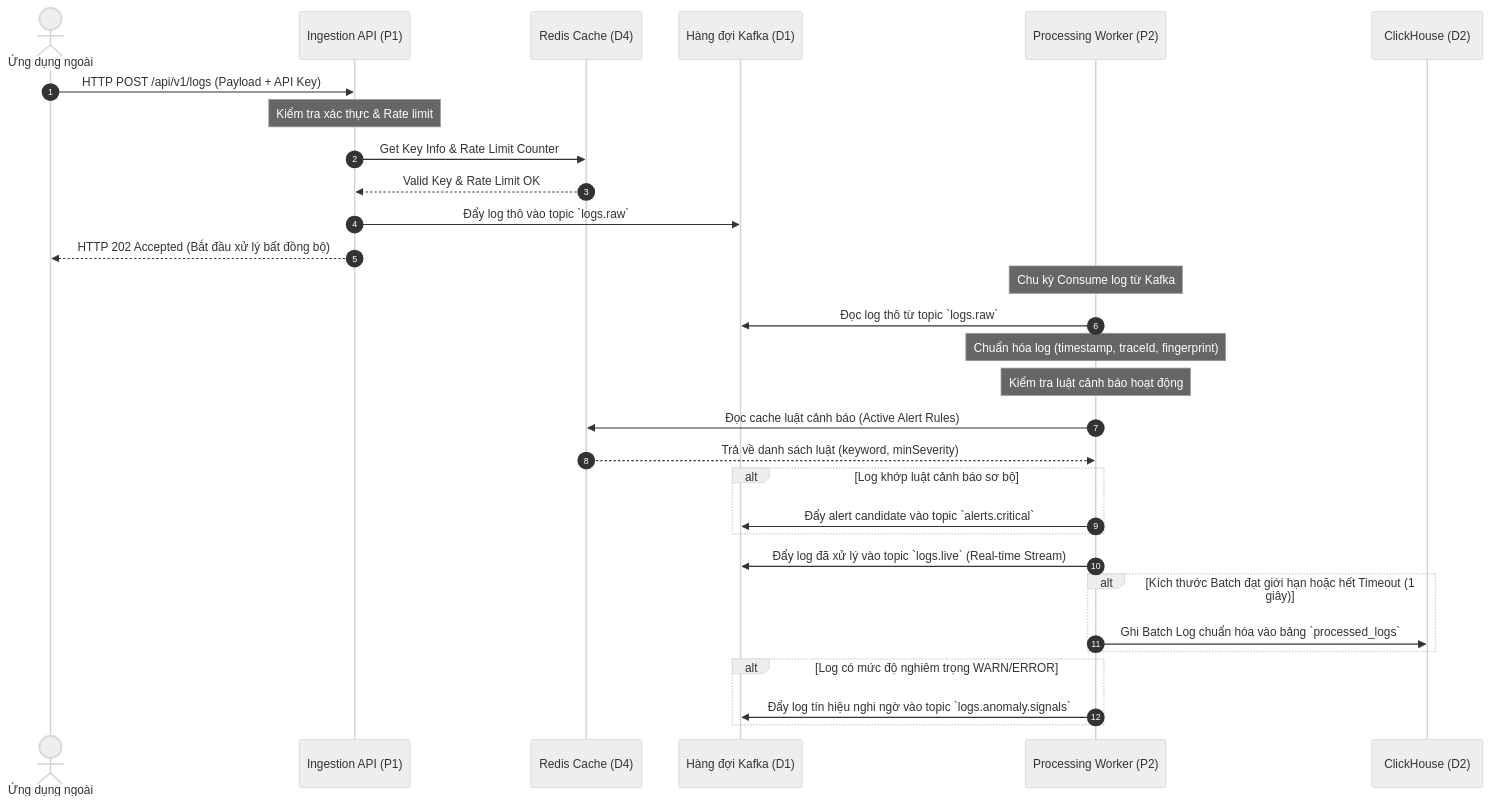
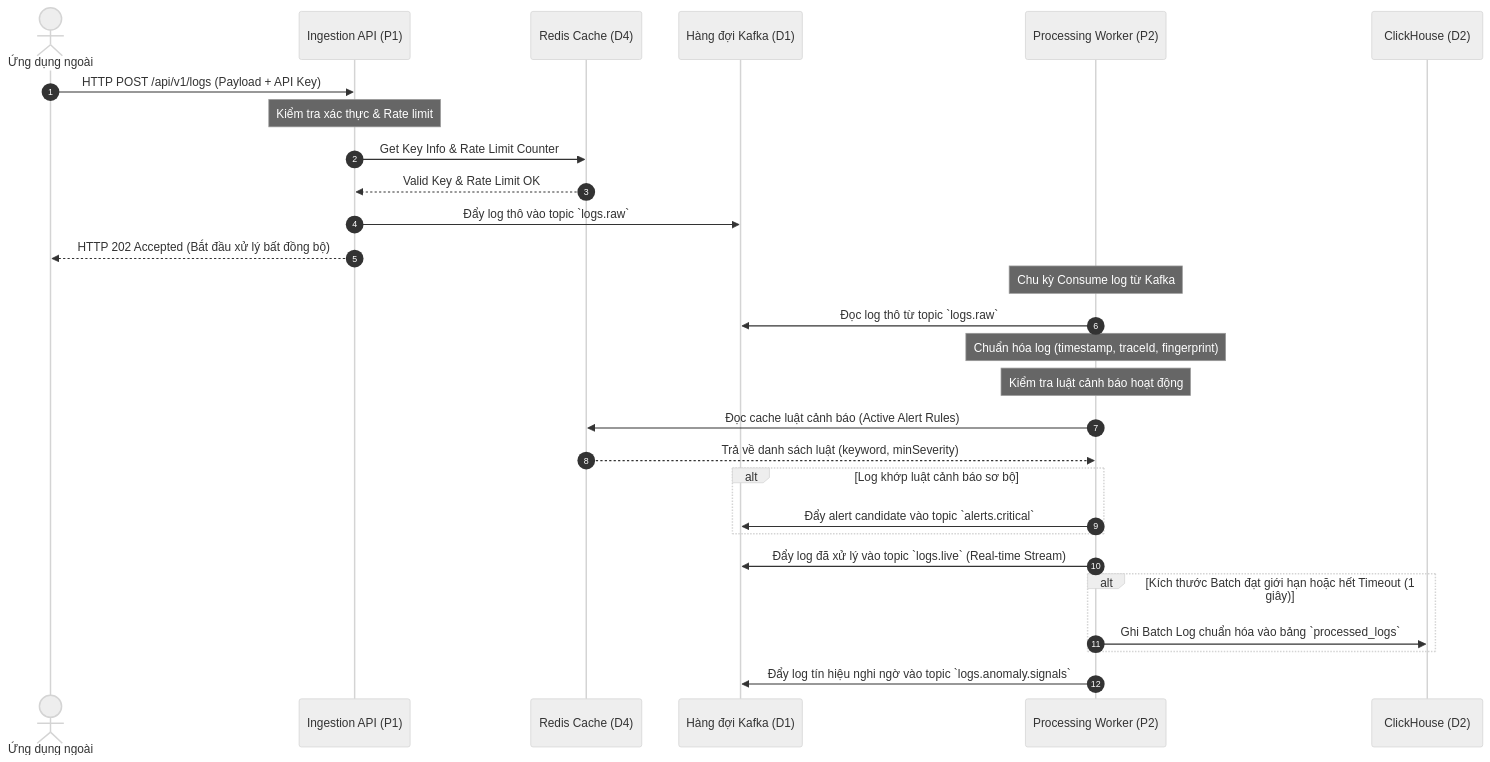
One commit to nguyentrongduc2005/log-monitoring-system changed the third of 13 diagrams in detailed-diagrams.md. Above: the diagram before and after it, drawn with Mermaid (neutral theme). The commit also changed other lines of this file, not shown here.

Commit message:
docs: remove incorrect warn/error level conditions for anomaly signals in logs processing diagram

````diff
--- a/detailed-diagrams.md
+++ b/detailed-diagrams.md
@@ -120,39 +120,37 @@
 ```mermaid
 sequenceDiagram
     autonumber
     actor App as Ứng dụng ngoài
     participant Ingest as Ingestion API (P1)
     participant Redis as Redis Cache (D4)
     participant Kafka as Hàng đợi Kafka (D1)
     participant Worker as Processing Worker (P2)
     participant CH as ClickHouse (D2)
 
     App->>Ingest: HTTP POST /api/v1/logs (Payload + API Key)
     Note over Ingest: Kiểm tra xác thực & Rate limit
     Ingest->>Redis: Get Key Info & Rate Limit Counter
     Redis-->>Ingest: Valid Key & Rate Limit OK
     Ingest->>Kafka: Đẩy log thô vào topic `logs.raw`
     Ingest-->>App: HTTP 202 Accepted (Bắt đầu xử lý bất đồng bộ)
     
     Note over Worker: Chu kỳ Consume log từ Kafka
     Worker->>Kafka: Đọc log thô từ topic `logs.raw`
     Note over Worker: Chuẩn hóa log (timestamp, traceId, fingerprint)
     
     Note over Worker: Kiểm tra luật cảnh báo hoạt động
     Worker->>Redis: Đọc cache luật cảnh báo (Active Alert Rules)
     Redis-->>Worker: Trả về danh sách luật (keyword, minSeverity)
     
     alt Log khớp luật cảnh báo sơ bộ
         Worker->>Kafka: Đẩy alert candidate vào topic `alerts.critical`
     end
     
     Worker->>Kafka: Đẩy log đã xử lý vào topic `logs.live` (Real-time Stream)
     
     alt Kích thước Batch đạt giới hạn hoặc hết Timeout (1 giây)
         Worker->>CH: Ghi Batch Log chuẩn hóa vào bảng `processed_logs`
     end
     
-    alt Log có mức độ nghiêm trọng WARN/ERROR
-        Worker->>Kafka: Đẩy log tín hiệu nghi ngờ vào topic `logs.anomaly.signals`
-    end
+    Worker->>Kafka: Đẩy log tín hiệu nghi ngờ vào topic `logs.anomaly.signals`
 ```
````
